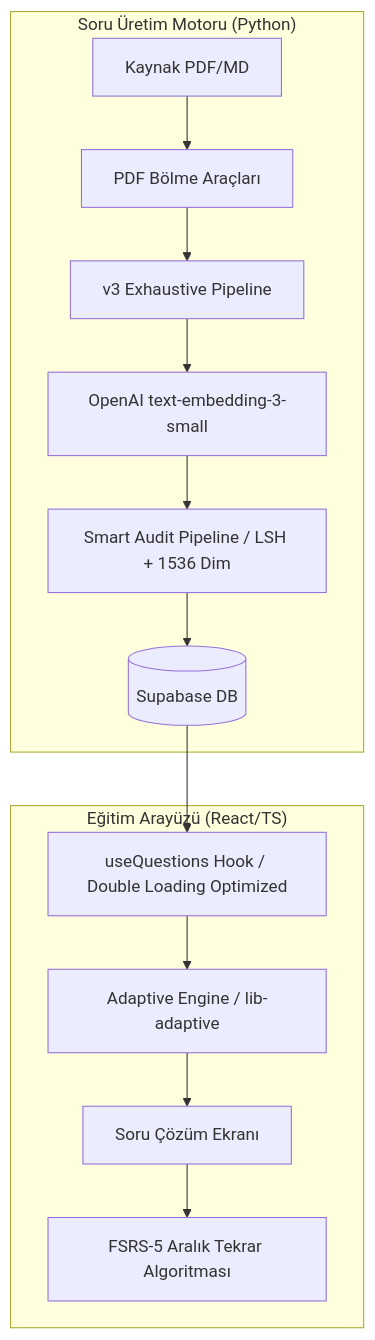
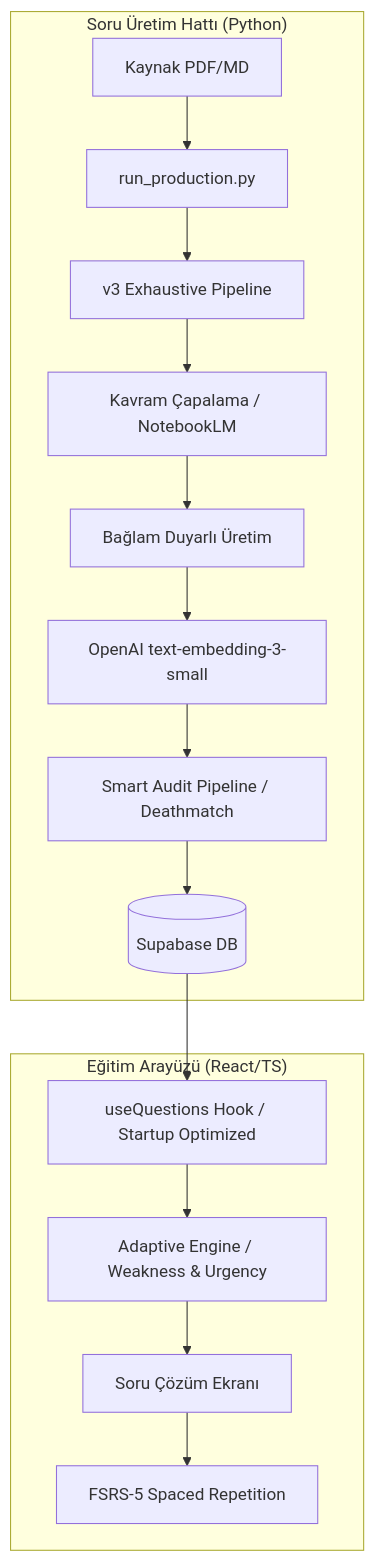
Before and after one commit to gsaslan2001-blip/xxq: the diagram in README.md, drawn with Mermaid. The commit also changed other lines of this file and 15 other files, not shown here.

Commit message:
🚀 DUSBANKASI: v3 Exhaustive Production Pipeline & Modernized UI/UX Update

````diff
--- a/README.md
+++ b/README.md
@@ -18,17 +22,19 @@
 ```mermaid
 graph TD
-    subgraph "Soru Üretim Motoru (Python)"
-        PDF[Kaynak PDF/MD] --> Splitter[PDF Bölme Araçları]
-        Splitter --> Exhaustive[v3 Exhaustive Pipeline]
-        Exhaustive --> Embed[OpenAI text-embedding-3-small]
-        Embed --> Audit[Smart Audit Pipeline / LSH + 1536 Dim]
+    subgraph "Soru Üretim Hattı (Python)"
+        PDF[Kaynak PDF/MD] --> Manager[run_production.py]
+        Manager --> Exhaustive[v3 Exhaustive Pipeline]
+        Exhaustive --> Anchor[Kavram Çapalama / NotebookLM]
+        Anchor --> Batch[Bağlam Duyarlı Üretim]
+        Batch --> Embed[OpenAI text-embedding-3-small]
+        Embed --> Audit[Smart Audit Pipeline / Deathmatch]
         Audit --> Supabase[(Supabase DB)]
     end
 
     subgraph "Eğitim Arayüzü (React/TS)"
-        Supabase --> useQuestions[useQuestions Hook / Double Loading Optimized]
-        useQuestions --> Adaptive[Adaptive Engine / lib-adaptive]
+        Supabase --> useQuestions[useQuestions Hook / Startup Optimized]
+        useQuestions --> Adaptive[Adaptive Engine / Weakness & Urgency]
         Adaptive --> QuizView[Soru Çözüm Ekranı]
-        QuizView --> FSRS[FSRS-5 Aralık Tekrar Algoritması]
+        QuizView --> FSRS[FSRS-5 Spaced Repetition]
     end
 ```
````
